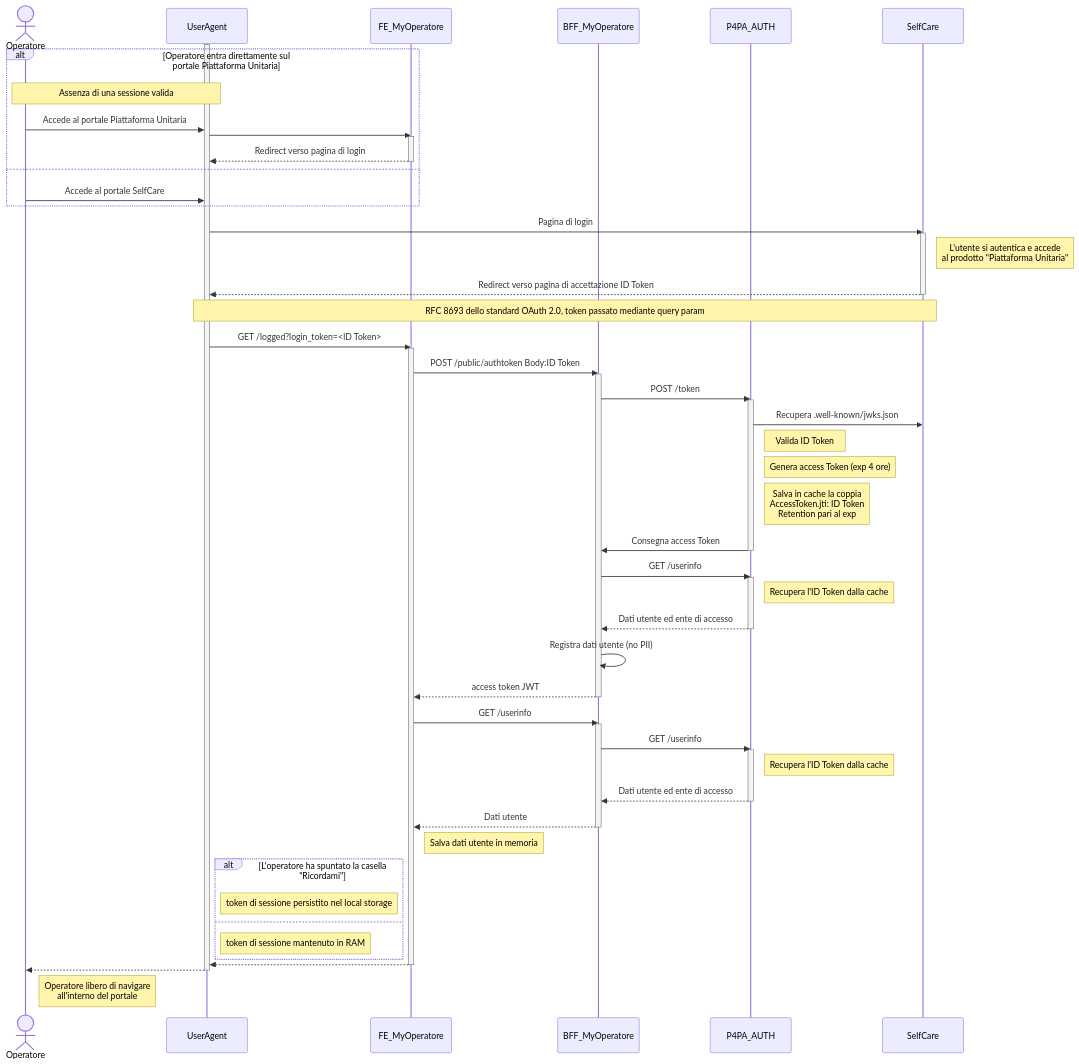
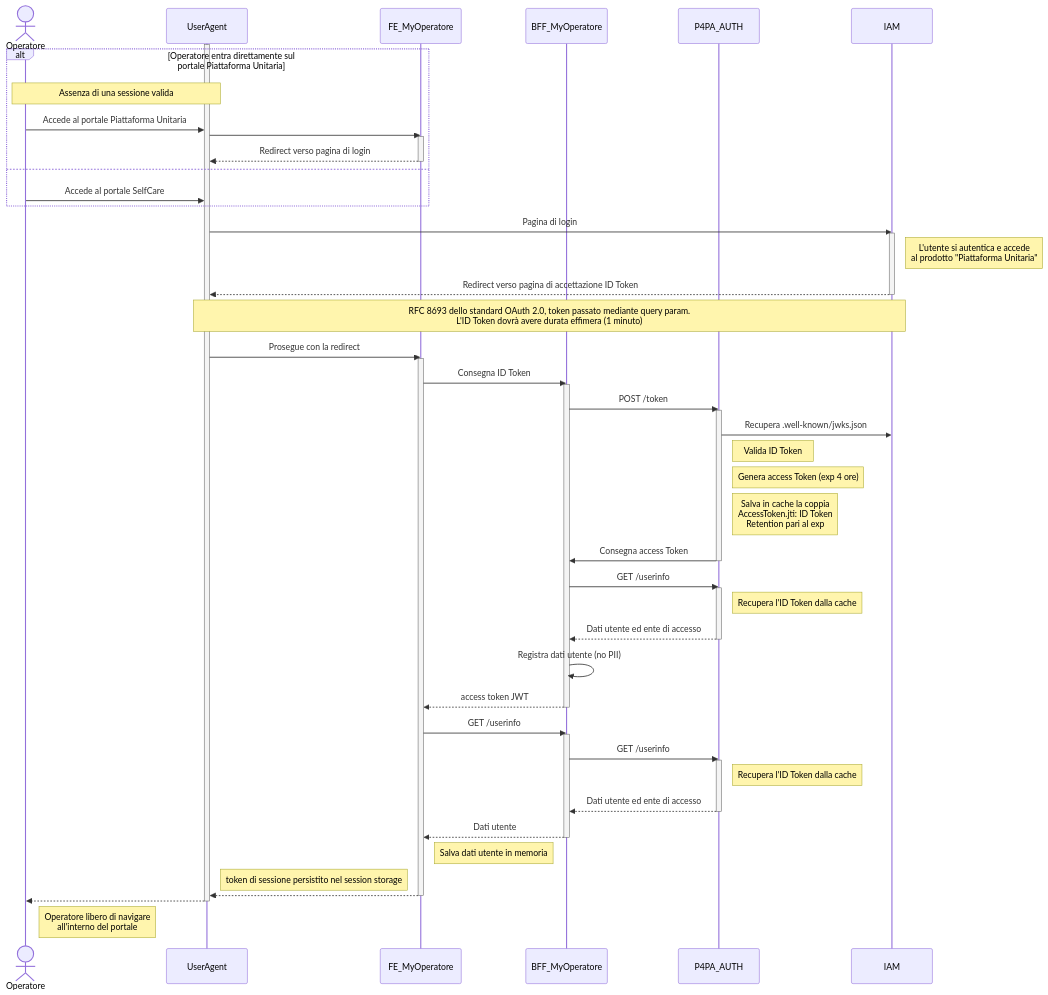
One commit to pagopa/p4pa-doc changed the diagram in design/auth/sequence_auth.mmd. Above: the diagram before and after it, drawn with Mermaid. The commit also changed 2 other files, not shown here.

```diff
--- a/design/auth/sequence_auth.mmd
+++ b/design/auth/sequence_auth.mmd
@@ -1,75 +1,71 @@
 sequenceDiagram
     actor Operatore
     participant UserAgent
     participant FE as FE_MyOperatore
     participant BFF as BFF_MyOperatore
     participant AUTH as P4PA_AUTH
-    participant SelfCare
+    participant IAM
 
     activate UserAgent
         alt Operatore entra direttamente sul portale Piattaforma Unitaria
             note over Operatore, UserAgent: Assenza di una sessione valida
             Operatore ->> UserAgent: Accede al portale Piattaforma Unitaria
 
             UserAgent ->> FE: #
             activate FE
                 FE -->> UserAgent: Redirect verso pagina di login
             deactivate FE
         else
             Operatore ->> UserAgent: Accede al portale SelfCare
         end
 
-        UserAgent ->> SelfCare: Pagina di login
-        activate SelfCare
-            note right of SelfCare: L'utente si autentica e accede<br />al prodotto "Piattaforma Unitaria"
-            SelfCare -->> UserAgent: Redirect verso pagina di accettazione ID Token
-        deactivate SelfCare
-        note over UserAgent, SelfCare: RFC 8693 dello standard OAuth 2.0, token passato mediante query param
+        UserAgent ->> IAM: Pagina di login
+        activate IAM
+            note right of IAM: L'utente si autentica e accede<br />al prodotto "Piattaforma Unitaria"
+            IAM -->> UserAgent: Redirect verso pagina di accettazione ID Token
+        deactivate IAM
+        note over UserAgent, IAM: RFC 8693 dello standard OAuth 2.0, token passato mediante query param.<BR />L'ID Token dovrà avere durata effimera (1 minuto)
 
-        UserAgent ->> FE: GET /logged?login_token=<ID Token>
+        UserAgent ->> FE: Prosegue con la redirect
         activate FE
-            FE ->> BFF: POST /public/authtoken Body:ID Token
+            FE ->> BFF: Consegna ID Token
             activate BFF
                 BFF ->> AUTH: POST /token
                 activate AUTH
-                    AUTH ->> SelfCare: Recupera .well-known/jwks.json
+                    AUTH ->> IAM: Recupera .well-known/jwks.json
                     note right of AUTH: Valida ID Token
                     note right of AUTH: Genera access Token (exp 4 ore)
                     note right of AUTH: Salva in cache la coppia<BR />AccessToken.jti: ID Token<BR />Retention pari al exp
                     AUTH ->> BFF: Consegna access Token
                 deactivate AUTH
 
                 BFF ->> AUTH: GET /userinfo
                 activate AUTH
                     note right of AUTH: Recupera l'ID Token dalla cache
                     AUTH -->> BFF: Dati utente ed ente di accesso
                 deactivate AUTH
 
                 BFF ->> BFF: Registra dati utente (no PII)
 
                 BFF -->> FE: access token JWT
             deactivate BFF
 
             FE ->> BFF: GET /userinfo
             activate BFF
                 BFF ->> AUTH: GET /userinfo
                 activate AUTH
                     note right of AUTH: Recupera l'ID Token dalla cache
                     AUTH -->> BFF: Dati utente ed ente di accesso
                 deactivate AUTH
             BFF -->> FE: Dati utente
             deactivate BFF
             note right of FE: Salva dati utente in memoria
 
-            alt L'operatore ha spuntato la casella "Ricordami"
-                note right of UserAgent: token di sessione persistito nel local storage
-            else
-                note right of UserAgent: token di sessione mantenuto in RAM
-            end
+            note right of UserAgent: token di sessione persistito nel session storage
             FE -->> UserAgent: #
         deactivate FE
 
         UserAgent -->> Operatore: #
     deactivate UserAgent
 
     note right of Operatore: Operatore libero di navigare<BR />all'interno del portale
```
